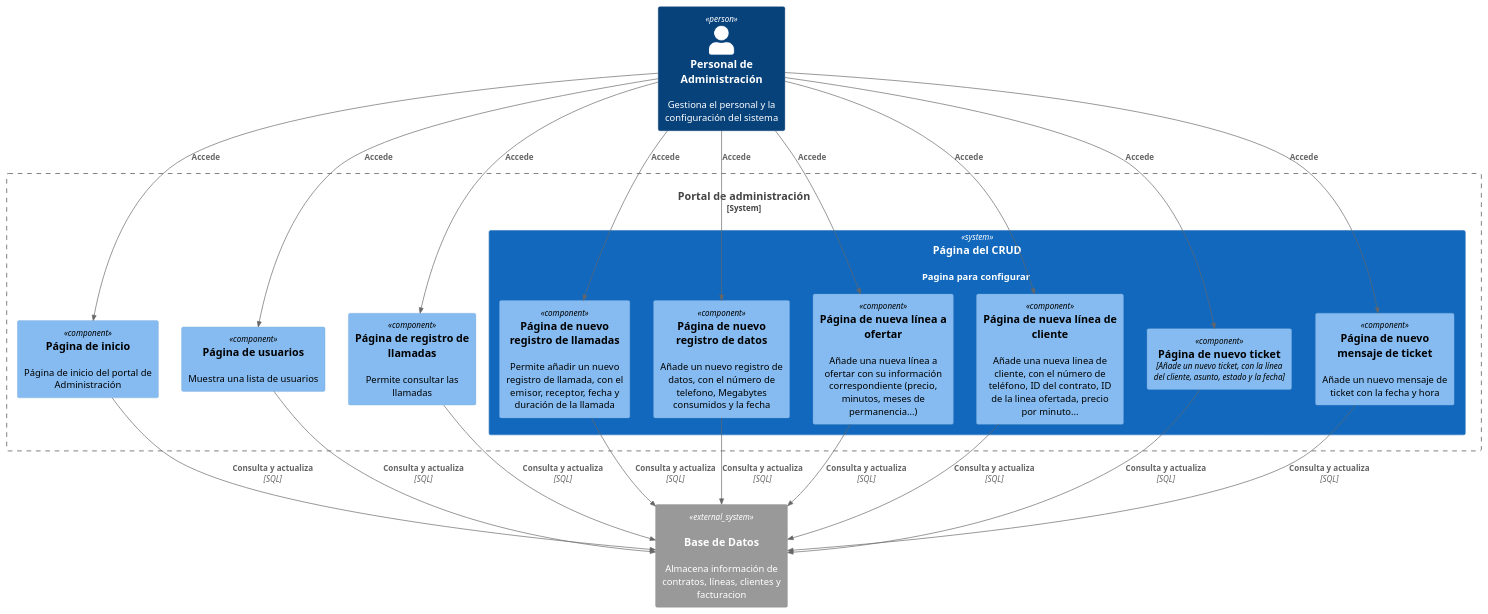
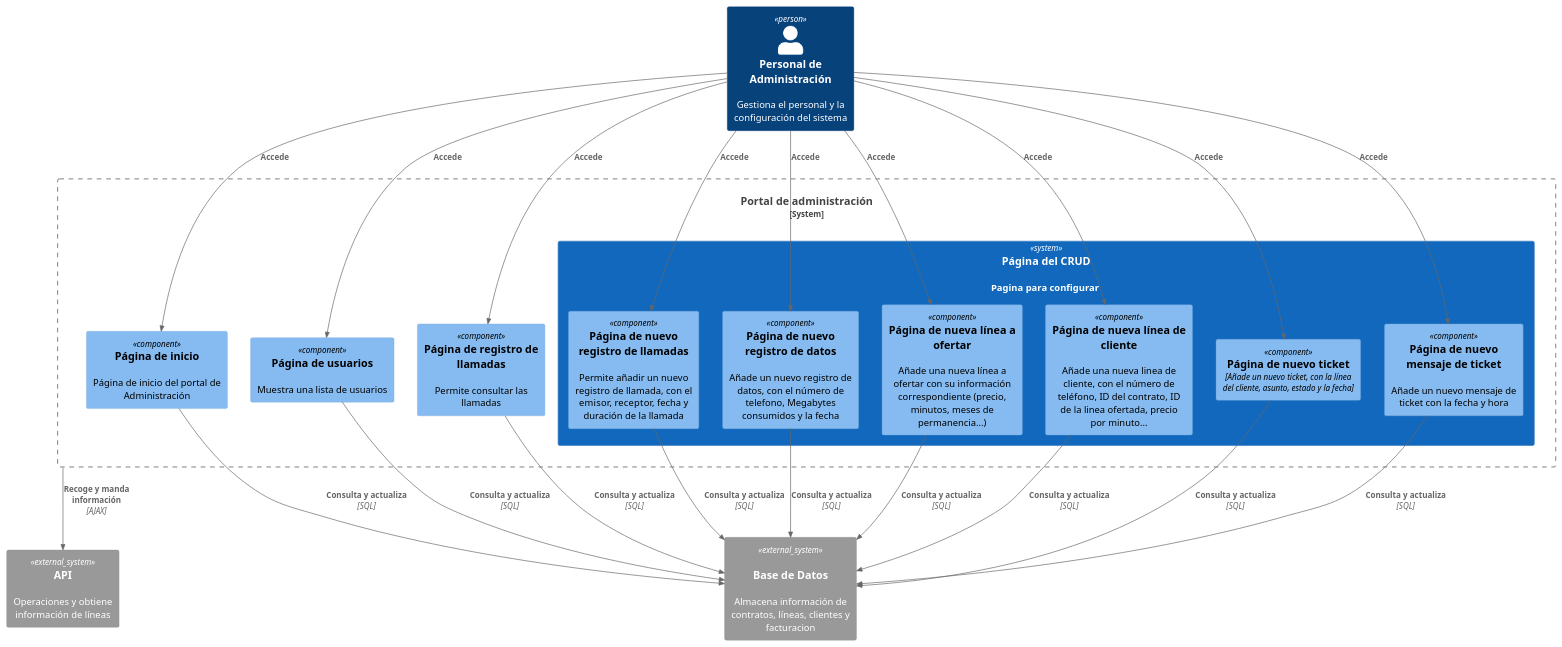
Before and after one commit to davidbp10/iw2023-2024-MovilUCA: the diagram in docs/diagrams/PAdminComponentDiagram.puml, drawn with PlantUML. The commit also changed 19 other files, not shown here.

Commit message:
Mejora de los diagramas C4

```diff
--- a/docs/diagrams/PAdminComponentDiagram.puml
+++ b/docs/diagrams/PAdminComponentDiagram.puml
@@ -1,45 +1,47 @@
 @startuml PAdmimComponentDiagram
 !include https://raw.githubusercontent.com/plantuml-stdlib/C4-PlantUML/master/C4_Component.puml
 
 Person(admin, "Personal de Administración", "Gestiona el personal y la configuración del sistema")
 
 System_Boundary(padmin, "Portal de administración", ,"Gestiona la configuración del sistema y empleados") {
 
     System( pcrud, "Página del CRUD",  "Pagina para configurar "){
         Component( prll, "Página de nuevo registro de llamadas", , "Permite añadir un nuevo registro de llamada, con el emisor, receptor, fecha y duración de la llamada")
         Component( prd, "Página de nuevo registro de datos ", , "Añade un nuevo registro de datos, con el número de telefono, Megabytes consumidos y la fecha")
         Component( pl, "Página de nueva línea a ofertar", , "Añade una nueva línea a ofertar con su información correspondiente (precio, minutos, meses de permanencia...)")
         Component( plc, "Página de nueva línea de cliente", , "Añade una nueva linea de cliente, con el número de teléfono, ID del contrato, ID de la linea ofertada, precio por minuto...")
         Component( pt, "Página de nuevo ticket", "Añade un nuevo ticket, con la línea del cliente, asunto, estado y la fecha")
         Component( pm, "Página de nuevo mensaje de ticket ", , "Añade un nuevo mensaje de ticket con la fecha y hora ")
     }
     Component( pi, "Página de inicio", , "Página de inicio del portal de Administración")
     Component( pu, "Página de usuarios", , "Muestra una lista de usuarios")
     Component( pll, "Página de registro de llamadas", , "Permite consultar las llamadas")
 }
 
 System_Ext(bd, "Base de Datos","Almacena información de contratos, líneas, clientes y facturacion", "MySQL")
-
+System_Ext(api, "API", "Operaciones y obtiene información de líneas")
 
 Rel(admin,pi,"Accede")
 Rel(admin,pu,"Accede")
 Rel(admin,pll,"Accede")
 Rel(admin,prll,"Accede")
 Rel(admin,prd,"Accede")
 Rel(admin,pl,"Accede")
 Rel(admin,plc,"Accede")
 Rel(admin,pt,"Accede")
 Rel(admin,pm,"Accede")
+
+Rel(padmin,api,"Recoge y manda información","AJAX")
 
 Rel(pi, bd, "Consulta y actualiza", "SQL")
 Rel(pu, bd, "Consulta y actualiza", "SQL")
 Rel(pll, bd, "Consulta y actualiza", "SQL")
 Rel(prll, bd, "Consulta y actualiza", "SQL")
 Rel(prd, bd, "Consulta y actualiza", "SQL")
 Rel(pl, bd, "Consulta y actualiza", "SQL")
 Rel(plc, bd, "Consulta y actualiza", "SQL")
 Rel(pt, bd, "Consulta y actualiza", "SQL")
 Rel(pm, bd, "Consulta y actualiza", "SQL")
 
 
 @enduml
```
